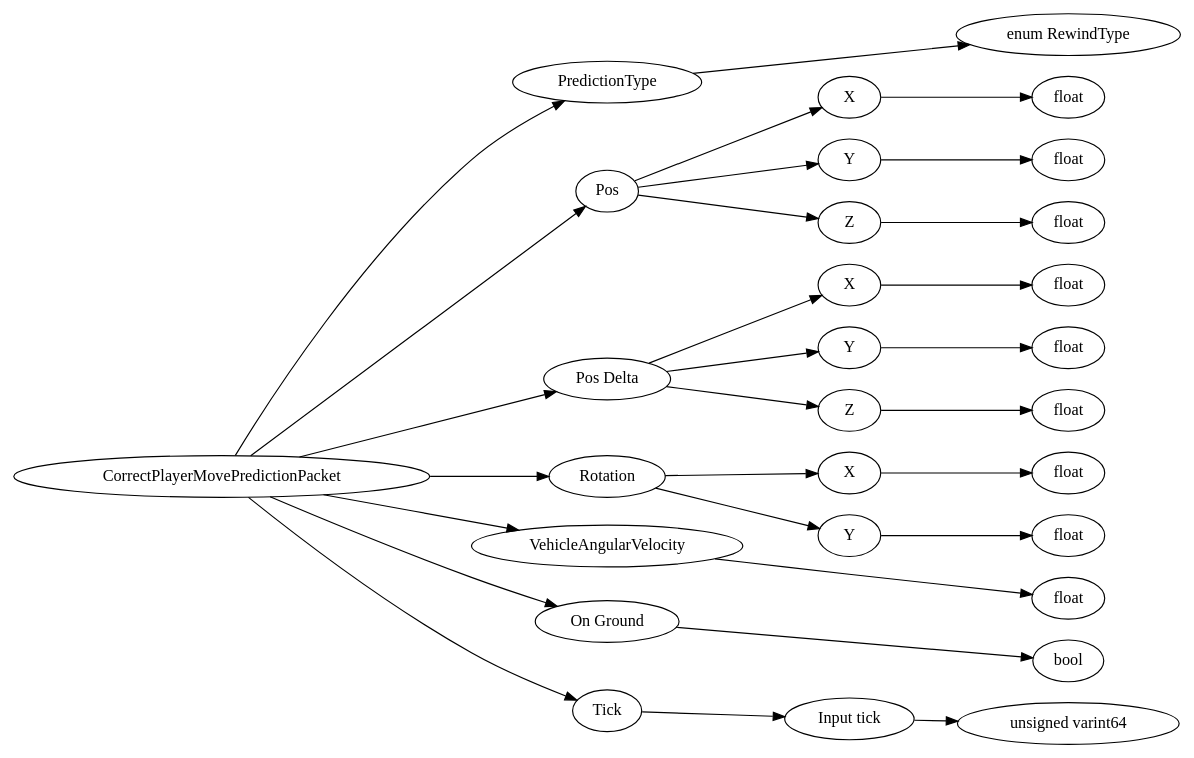
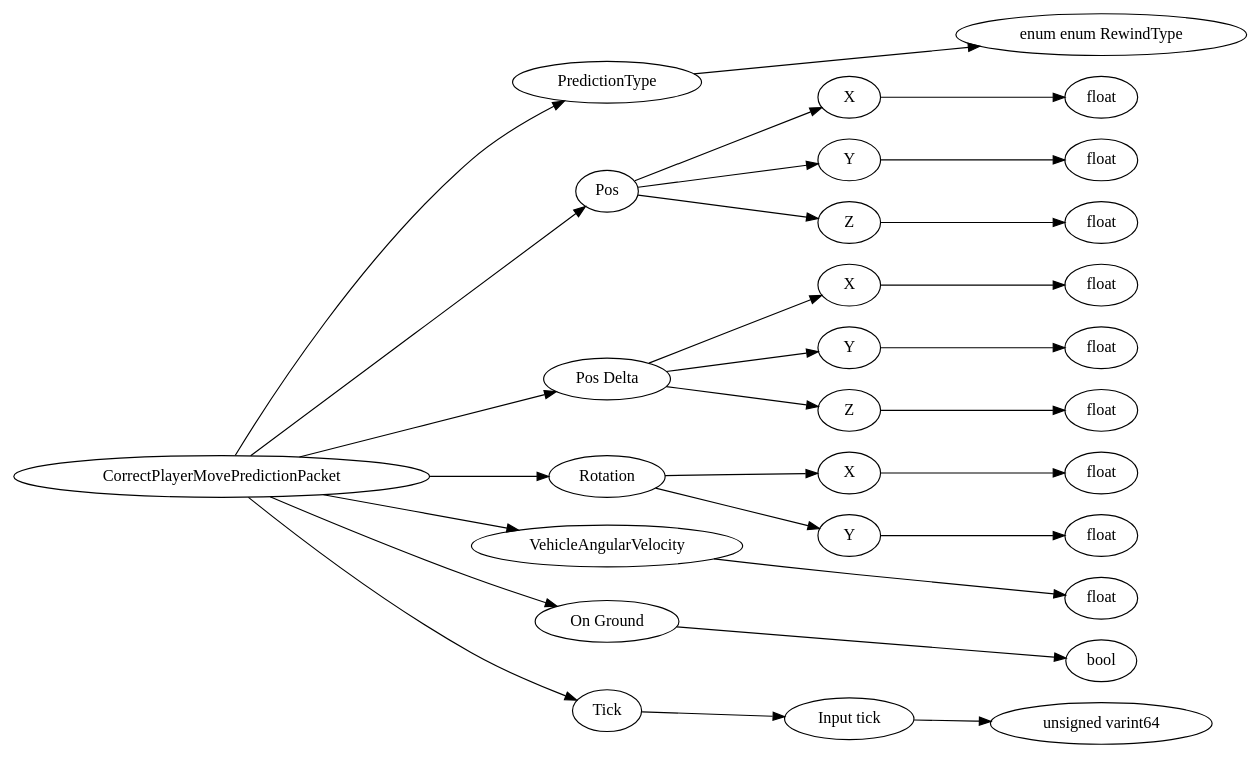
Before and after one commit to ApocalypsjeNL/bedrock-protocol-docs: the diagram in dot/CorrectPlayerMovePredictionPacket.dot, drawn with Graphviz. The commit also changed 15 other files, not shown here.

```diff
--- a/dot/CorrectPlayerMovePredictionPacket.dot
+++ b/dot/CorrectPlayerMovePredictionPacket.dot
@@ -1,72 +1,72 @@
 digraph "CorrectPlayerMovePredictionPacket" {
 rankdir = LR
 0
 0 -> 1
 1 -> 2
 0 -> 3
 3 -> 4
 4 -> 5
 3 -> 6
 6 -> 7
 3 -> 8
 8 -> 9
 0 -> 10
 10 -> 11
 11 -> 12
 10 -> 13
 13 -> 14
 10 -> 15
 15 -> 16
 0 -> 17
 17 -> 18
 18 -> 19
 17 -> 20
 20 -> 21
 0 -> 22
 22 -> 23
 0 -> 24
 24 -> 25
 0 -> 26
 26 -> 27
 27 -> 28
 
 0 [label="CorrectPlayerMovePredictionPacket",comment="name: \"CorrectPlayerMovePredictionPacket\", typeName: \"\", id: 0, branchId: 0, recurseId: -1, attributes: 0, notes: \"Sent to a player when their simulation of movement mismatches enough from the server that it wants to correct the client.\""];
 1 [label="PredictionType",comment="name: \"PredictionType\", typeName: \"\", id: 1, branchId: 0, recurseId: -1, attributes: 0, notes: \"Vehicle or Player Prediction\""];
-2 [label="enum RewindType",comment="name: \"enum RewindType\", typeName: \"\", id: 2, branchId: 0, recurseId: -1, attributes: 512, notes: \"Vehicle or Player Prediction\""];
+2 [label="enum enum RewindType",comment="name: \"enum enum RewindType\", typeName: \"\", id: 2, branchId: 0, recurseId: -1, attributes: 512, notes: \"Vehicle or Player Prediction\""];
 3 [label="Pos",comment="name: \"Pos\", typeName: \"\", id: 3, branchId: 0, recurseId: -1, attributes: 0, notes: \"Corrected position\""];
 4 [label="X",comment="name: \"X\", typeName: \"\", id: 4, branchId: 0, recurseId: -1, attributes: 0, notes: \"\""];
 5 [label="float",comment="name: \"float\", typeName: \"\", id: 5, branchId: 0, recurseId: -1, attributes: 512, notes: \"\""];
 6 [label="Y",comment="name: \"Y\", typeName: \"\", id: 6, branchId: 0, recurseId: -1, attributes: 0, notes: \"\""];
 7 [label="float",comment="name: \"float\", typeName: \"\", id: 7, branchId: 0, recurseId: -1, attributes: 512, notes: \"\""];
 8 [label="Z",comment="name: \"Z\", typeName: \"\", id: 8, branchId: 0, recurseId: -1, attributes: 0, notes: \"\""];
 9 [label="float",comment="name: \"float\", typeName: \"\", id: 9, branchId: 0, recurseId: -1, attributes: 512, notes: \"\""];
 10 [label="Pos Delta",comment="name: \"Pos Delta\", typeName: \"\", id: 10, branchId: 0, recurseId: -1, attributes: 0, notes: \"Corrected velocity\""];
 11 [label="X",comment="name: \"X\", typeName: \"\", id: 11, branchId: 0, recurseId: -1, attributes: 0, notes: \"\""];
 12 [label="float",comment="name: \"float\", typeName: \"\", id: 12, branchId: 0, recurseId: -1, attributes: 512, notes: \"\""];
 13 [label="Y",comment="name: \"Y\", typeName: \"\", id: 13, branchId: 0, recurseId: -1, attributes: 0, notes: \"\""];
 14 [label="float",comment="name: \"float\", typeName: \"\", id: 14, branchId: 0, recurseId: -1, attributes: 512, notes: \"\""];
 15 [label="Z",comment="name: \"Z\", typeName: \"\", id: 15, branchId: 0, recurseId: -1, attributes: 0, notes: \"\""];
 16 [label="float",comment="name: \"float\", typeName: \"\", id: 16, branchId: 0, recurseId: -1, attributes: 512, notes: \"\""];
 17 [label="Rotation",comment="name: \"Rotation\", typeName: \"\", id: 17, branchId: 0, recurseId: -1, attributes: 0, notes: \"Corrected rotation. Only sent when PredictionType is Vehicle\""];
 18 [label="X",comment="name: \"X\", typeName: \"\", id: 18, branchId: 0, recurseId: -1, attributes: 0, notes: \"\""];
 19 [label="float",comment="name: \"float\", typeName: \"\", id: 19, branchId: 0, recurseId: -1, attributes: 512, notes: \"\""];
 20 [label="Y",comment="name: \"Y\", typeName: \"\", id: 20, branchId: 0, recurseId: -1, attributes: 0, notes: \"\""];
 21 [label="float",comment="name: \"float\", typeName: \"\", id: 21, branchId: 0, recurseId: -1, attributes: 512, notes: \"\""];
 22 [label="VehicleAngularVelocity",comment="name: \"VehicleAngularVelocity\", typeName: \"\", id: 22, branchId: 0, recurseId: -1, attributes: 0, notes: \"Angular Velocity for a vehicle. Only sent when PredictionType is Vehicle\""];
 23 [label="float",comment="name: \"float\", typeName: \"\", id: 23, branchId: 0, recurseId: -1, attributes: 512, notes: \"Angular Velocity for a vehicle. Only sent when PredictionType is Vehicle\""];
 24 [label="On Ground",comment="name: \"On Ground\", typeName: \"\", id: 24, branchId: 0, recurseId: -1, attributes: 0, notes: \"Is on ground\""];
 25 [label="bool",comment="name: \"bool\", typeName: \"\", id: 25, branchId: 0, recurseId: -1, attributes: 512, notes: \"Is on ground\""];
 26 [label="Tick",comment="name: \"Tick\", typeName: \"\", id: 26, branchId: 0, recurseId: -1, attributes: 0, notes: \"Which frame we're correcting; should match the tick in the Player Auth Input packet\""];
 27 [label="Input tick",comment="name: \"Input tick\", typeName: \"\", id: 27, branchId: 0, recurseId: -1, attributes: 0, notes: \"In server authoritative movement mode the client supplies this in PlayerAuthInputPacket.
 For any client-bound packets containing a tick, the server should supply the tick value corresponding to the most recently processed PlayerAuthInputPacket.
 This allows the client to adjust any client predictions made while the packet was in flight.
 If the packet is being sent to the client but not relating to data of the player or a client-predicted vehicle, it can be zero.
 It is also acceptable to specify zero for players, although this may lead to minor visual flickers and less smooth application of CorrectPlayerMovePredictionPacket.\""];
 28 [label="unsigned varint64",comment="name: \"unsigned varint64\", typeName: \"\", id: 28, branchId: 0, recurseId: -1, attributes: 512, notes: \"In server authoritative movement mode the client supplies this in PlayerAuthInputPacket.
 For any client-bound packets containing a tick, the server should supply the tick value corresponding to the most recently processed PlayerAuthInputPacket.
 This allows the client to adjust any client predictions made while the packet was in flight.
 If the packet is being sent to the client but not relating to data of the player or a client-predicted vehicle, it can be zero.
 It is also acceptable to specify zero for players, although this may lead to minor visual flickers and less smooth application of CorrectPlayerMovePredictionPacket.\""];
 { rank = max;2;5;7;9;12;14;16;19;21;23;25;28}
 
 }
```
